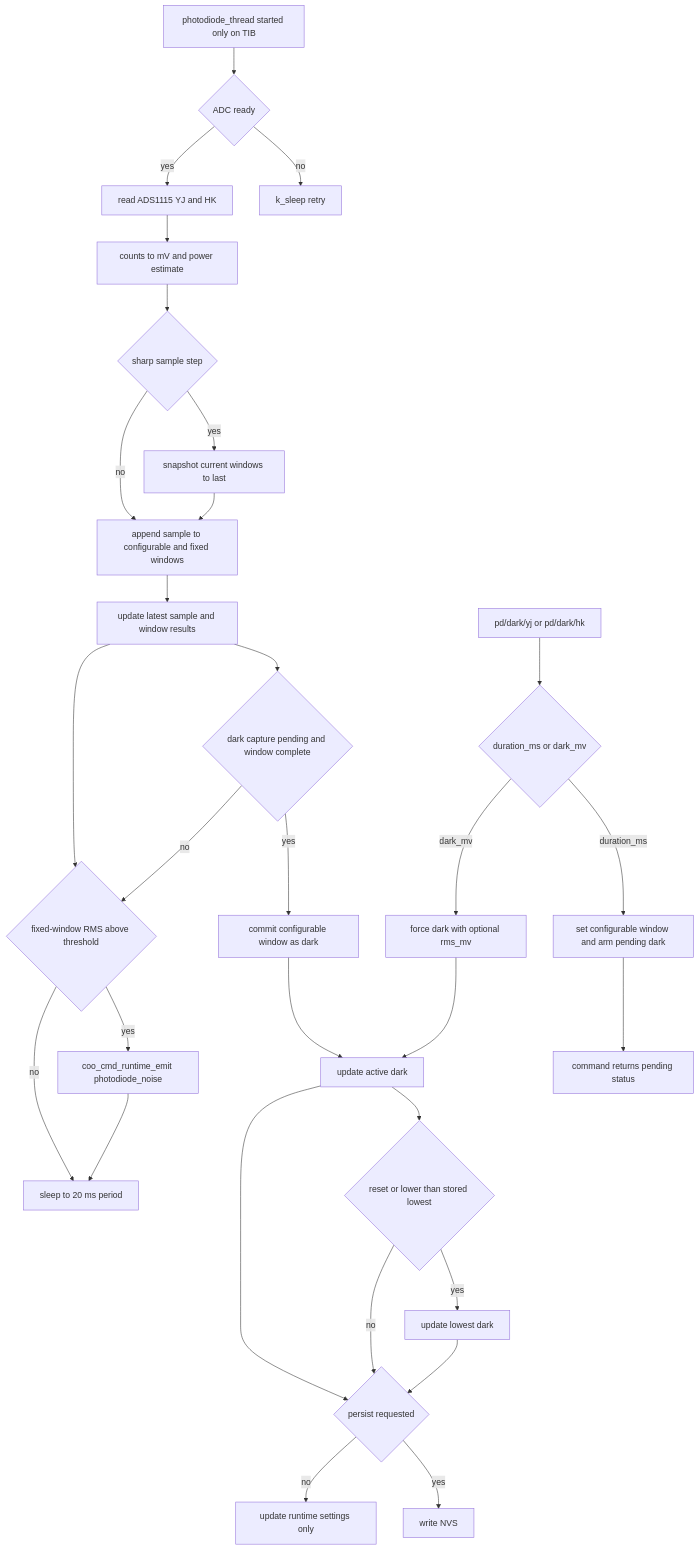
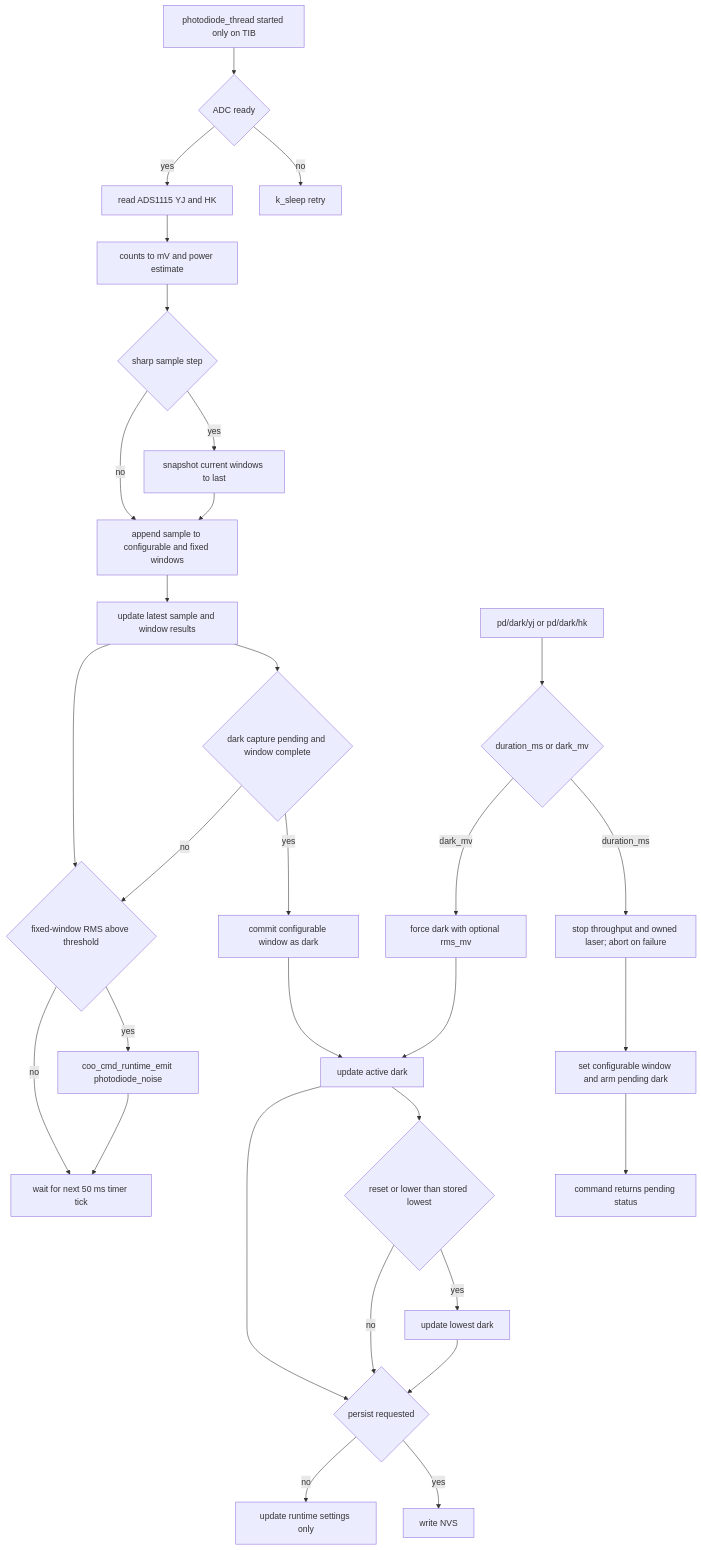
Before and after one commit to COO-Utilities/hispec-tib: the tenth of 25 diagrams in doc/diagrams.md, drawn with Mermaid. The commit also changed other lines of this file and 25 other files, not shown here.

````diff
--- a/doc/diagrams.md
+++ b/doc/diagrams.md
@@ -198,34 +198,35 @@
 ```mermaid
 flowchart TD
   Thread[photodiode_thread started only on TIB] --> Adc{ADC ready}
   Adc -- no --> Sleep[k_sleep retry]
   Adc -- yes --> Sample[read ADS1115 YJ and HK]
   Sample --> Convert[counts to mV and power estimate]
   Convert --> Step{sharp sample step}
   Step -- yes --> Snapshot[snapshot current windows to last]
   Step -- no --> Windows
   Snapshot --> Windows[append sample to configurable and fixed windows]
   Windows --> Status[update latest sample and window results]
   Status --> PendingDark{dark capture pending and window complete}
   PendingDark -- yes --> DarkCommit[commit configurable window as dark]
   PendingDark -- no --> Warn
   Status --> Warn{fixed-window RMS above threshold}
   Warn -- yes --> Emit[coo_cmd_runtime_emit photodiode_noise]
   Warn -- no --> SleepPeriod
   Emit --> SleepPeriod
-  SleepPeriod[sleep to 20 ms period]
+  SleepPeriod[wait for next 50 ms timer tick]
 
   DarkCmd[pd/dark/yj or pd/dark/hk] --> DarkMode{duration_ms or dark_mv}
-  DarkMode -- duration_ms --> Arm[set configurable window and arm pending dark]
+  DarkMode -- duration_ms --> StopTP[stop throughput and owned laser; abort on failure]
+  StopTP --> Arm[set configurable window and arm pending dark]
   Arm --> Query[command returns pending status]
   DarkMode -- dark_mv --> Force[force dark with optional rms_mv]
   Force --> Commit[update active dark]
   DarkCommit --> Commit
   Commit --> Lowest{reset or lower than stored lowest}
   Lowest -- yes --> LowestStore[update lowest dark]
   Lowest -- no --> Persist
   LowestStore --> Persist
   Commit --> Persist{persist requested}
   Persist -- yes --> NVS[write NVS]
   Persist -- no --> Runtime[update runtime settings only]
 ```
````
